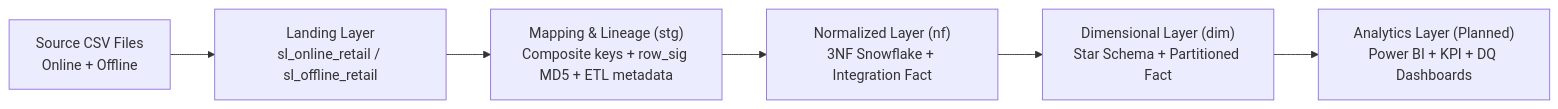
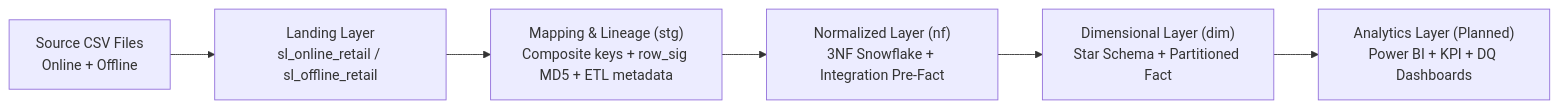
Before and after one commit to sumikara/retail-datawarehouse-e2e: the first of 9 diagrams in README.md, drawn with Mermaid. The commit also changed other lines of this file, not shown here.

````diff
--- a/README.md
+++ b/README.md
@@ -45,8 +50,8 @@
 ```mermaid
 flowchart LR
     A["Source CSV Files\nOnline + Offline"] --> B["Landing Layer\nsl_online_retail / sl_offline_retail"]
     B --> C["Mapping & Lineage (stg)\nComposite keys + row_sig MD5 + ETL metadata"]
-    C --> D["Normalized Layer (nf)\n3NF Snowflake + Integration Fact"]
+    C --> D["Normalized Layer (nf)\n3NF Snowflake + Integration Pre-Fact"]
     D --> E["Dimensional Layer (dim)\nStar Schema + Partitioned Fact"]
     E --> F["Analytics Layer (Planned)\nPower BI + KPI + DQ Dashboards"]
 ```
````
